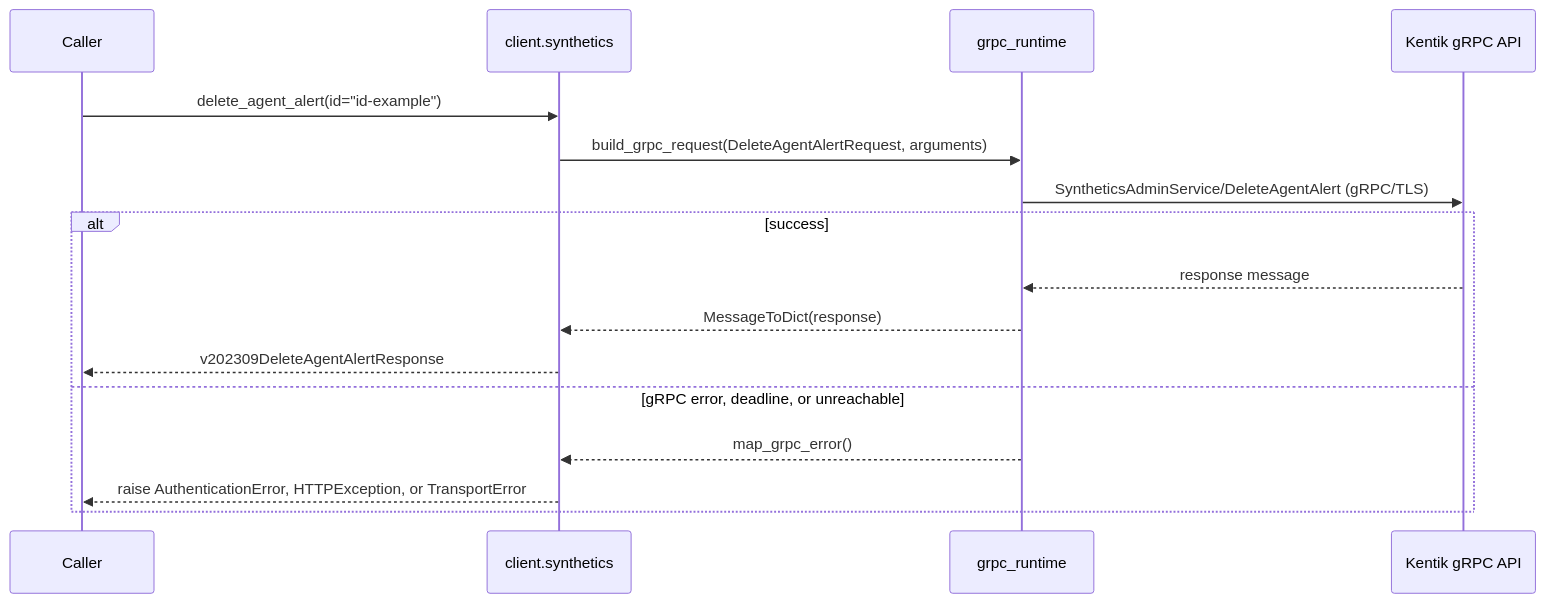
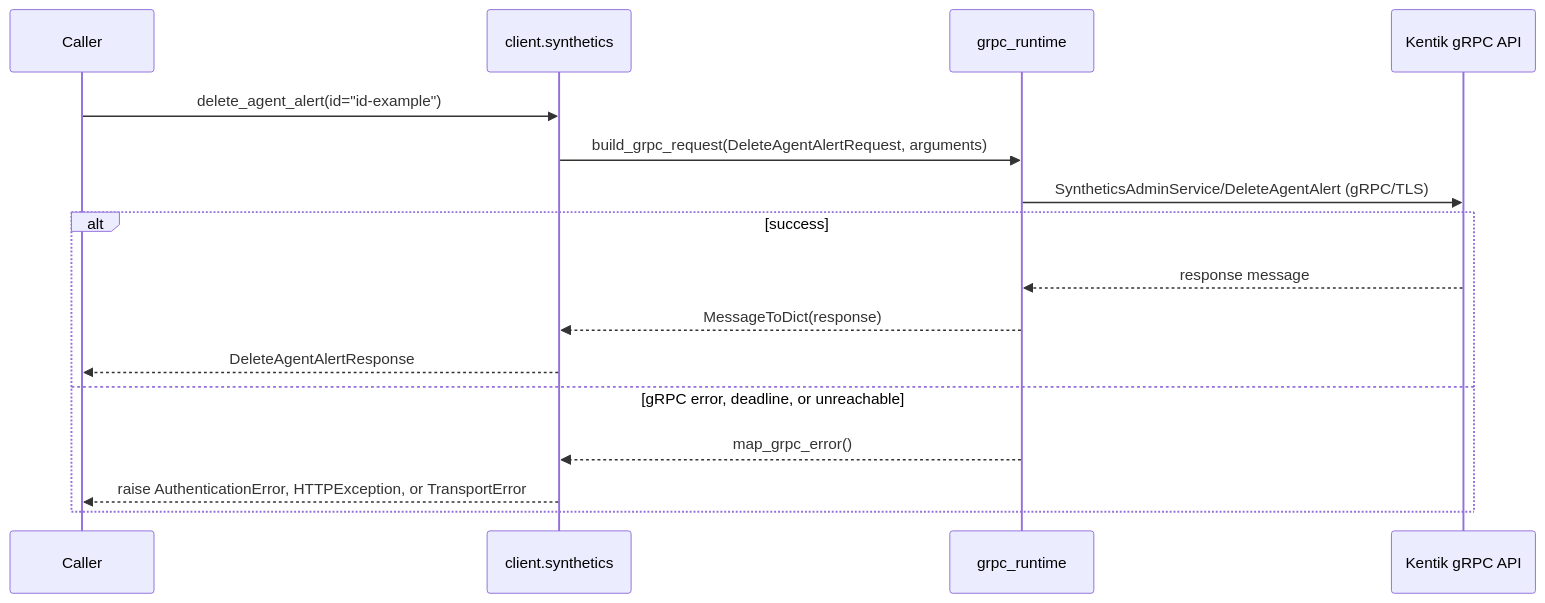
One commit to alexdearaujo/community_sdk_python changed diagram 11 of 38 in docs/sphinx/services/synthetics.md. Above: the diagram before and after it, drawn with Mermaid. The commit also changed other lines of this file and 38 other files, not shown here.

````diff
--- a/docs/sphinx/services/synthetics.md
+++ b/docs/sphinx/services/synthetics.md
@@ -365,19 +365,19 @@
 ```mermaid
 sequenceDiagram
     participant C as Caller
     participant W as client.synthetics
     participant R as grpc_runtime
     participant API as Kentik gRPC API
 
     C->>W: delete_agent_alert(id="id-example")
     W->>R: build_grpc_request(DeleteAgentAlertRequest, arguments)
     R->>API: SyntheticsAdminService/DeleteAgentAlert (gRPC/TLS)
     alt success
         API-->>R: response message
         R-->>W: MessageToDict(response)
-        W-->>C: v202309DeleteAgentAlertResponse
+        W-->>C: DeleteAgentAlertResponse
     else gRPC error, deadline, or unreachable
         R-->>W: map_grpc_error()
         W-->>C: raise AuthenticationError, HTTPException, or TransportError
     end
 ```
````
